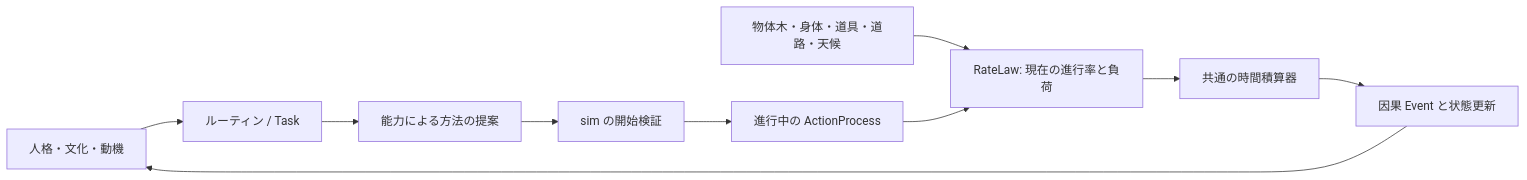
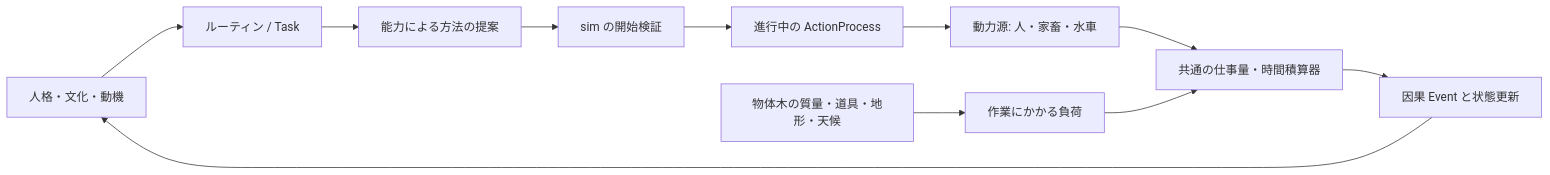
Before and after one commit to demerzel09/Medieval-Simulator: the diagram in docs/ACTION_PROCESS_DESIGN.md, drawn with Mermaid. The commit also changed other lines of this file and 3 other files, not shown here.

````diff
--- a/docs/ACTION_PROCESS_DESIGN.md
+++ b/docs/ACTION_PROCESS_DESIGN.md
@@ -15,12 +15,13 @@
 ```mermaid
 flowchart LR
   P[人格・文化・動機] --> T[ルーティン / Task]
   T --> C[能力による方法の提案]
   C --> V[sim の開始検証]
   V --> A[進行中の ActionProcess]
-  W[物体木・身体・道具・道路・天候] --> L[RateLaw: 現在の進行率と負荷]
-  A --> L
-  L --> I[共通の時間積算器]
+  A --> D[動力源: 人・家畜・水車]
+  W[物体木の質量・道具・地形・天候] --> F[作業にかかる負荷]
+  D --> I[共通の仕事量・時間積算器]
+  F --> I
   I --> E[因果 Event と状態更新]
   E --> P
 ```
````
